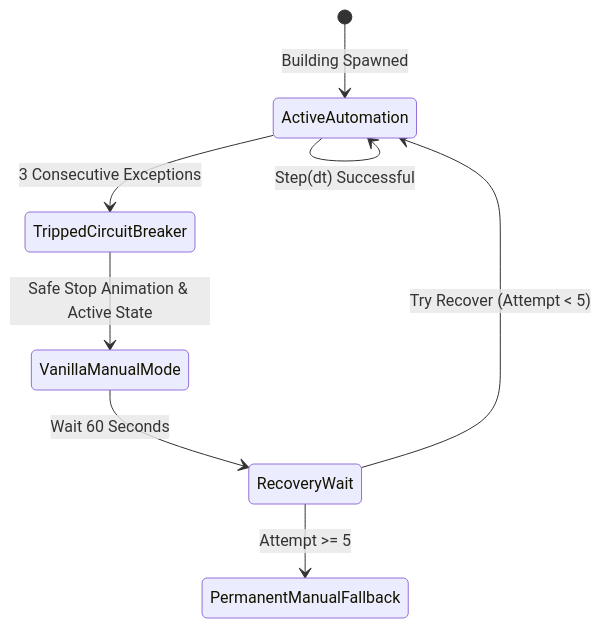
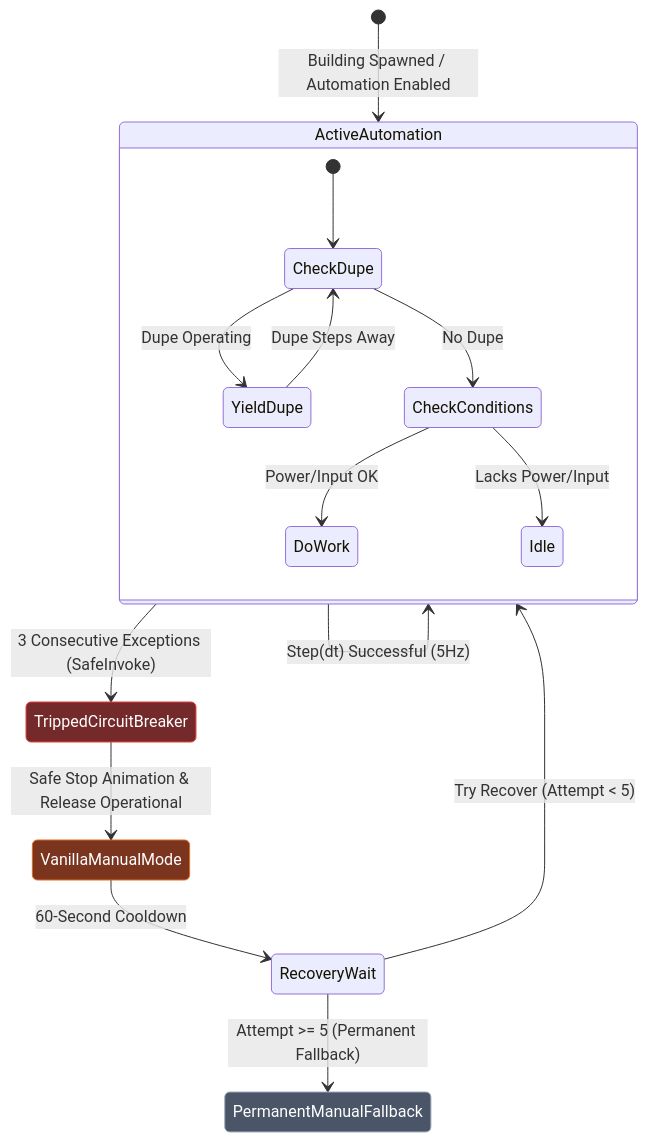
Before and after one commit to Eurekalo/Automatic_Industry: the fifth of 6 diagrams in wiki/Architecture-and-Design.md, drawn with Mermaid. The commit also changed other lines of this file and 8 other files, not shown here.

Commit message:
docs: overhaul wiki documentation with visual diagrams, UI layouts, and v2.5.0 features

````diff
--- a/wiki/Architecture-and-Design.md
+++ b/wiki/Architecture-and-Design.md
@@ -121,10 +184,25 @@
 ```mermaid
 stateDiagram-v2
-    [*] --> ActiveAutomation: Building Spawned
-    ActiveAutomation --> ActiveAutomation: Step(dt) Successful
-    ActiveAutomation --> TrippedCircuitBreaker: 3 Consecutive Exceptions
-    TrippedCircuitBreaker --> VanillaManualMode: Safe Stop Animation & Active State
-    VanillaManualMode --> RecoveryWait: Wait 60 Seconds
+    [*] --> ActiveAutomation: Building Spawned / Automation Enabled
+    ActiveAutomation --> ActiveAutomation: Step(dt) Successful (5Hz)
+    
+    state ActiveAutomation {
+        [*] --> CheckDupe
+        CheckDupe --> YieldDupe: Dupe Operating
+        YieldDupe --> CheckDupe: Dupe Steps Away
+        CheckDupe --> CheckConditions: No Dupe
+        CheckConditions --> DoWork: Power/Input OK
+        CheckConditions --> Idle: Lacks Power/Input
+    }
+    
+    ActiveAutomation --> TrippedCircuitBreaker: 3 Consecutive Exceptions (SafeInvoke)
+    TrippedCircuitBreaker --> VanillaManualMode: Safe Stop Animation & Release Operational
+    VanillaManualMode --> RecoveryWait: 60-Second Cooldown
     RecoveryWait --> ActiveAutomation: Try Recover (Attempt < 5)
-    RecoveryWait --> PermanentManualFallback: Attempt >= 5
+    RecoveryWait --> PermanentManualFallback: Attempt >= 5 (Permanent Fallback)
+
+    style ActiveAutomation fill:#22543d,stroke:#38a169,color:#fff
+    style TrippedCircuitBreaker fill:#742a2a,stroke:#e53e3e,color:#fff
+    style VanillaManualMode fill:#7b341e,stroke:#dd6b20,color:#fff
+    style PermanentManualFallback fill:#4a5568,stroke:#a0aec0,color:#fff
 ```
````
